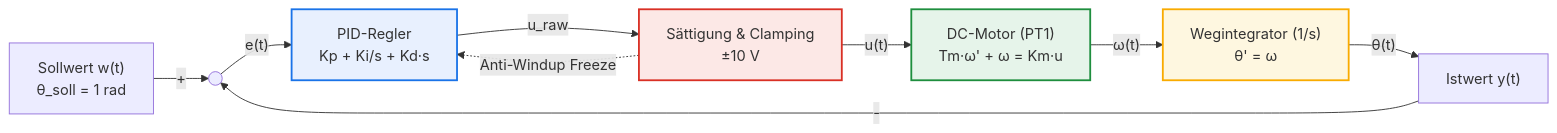
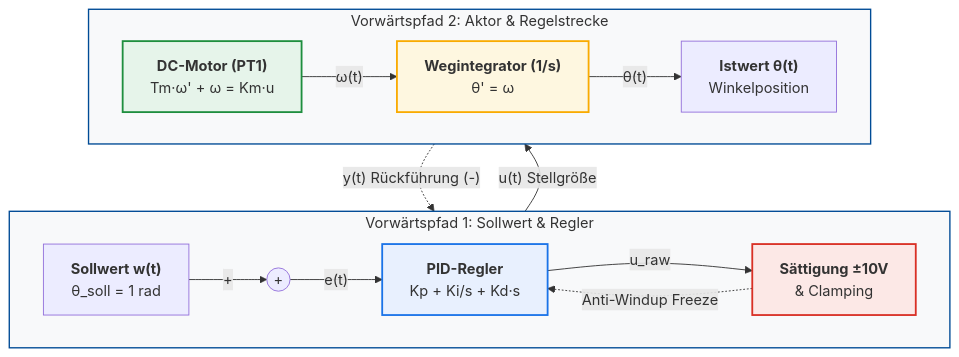
The diagram in Folien/08_Dynamische_Modelle_Kontinuierlich/Diagramme/Blockschaltbild_DCServo.mmd (ghackenberg/kurs-computer-simulation), drawn with Mermaid before and after one commit. The commit also changed 29 other files, not shown here.

```diff
--- a/Folien/08_Dynamische_Modelle_Kontinuierlich/Diagramme/Blockschaltbild_DCServo.mmd
+++ b/Folien/08_Dynamische_Modelle_Kontinuierlich/Diagramme/Blockschaltbild_DCServo.mmd
@@ -1,14 +1,24 @@
-flowchart LR
-    W["Sollwert w(t)<br>θ_soll = 1 rad"] -->|"+"| Sum1(( ))
-    Sum1 -->|"e(t)"| PID["PID-Regler<br>Kp + Ki/s + Kd·s"]
-    PID -->|"u_raw"| Sat["Sättigung & Clamping<br>±10 V"]
-    Sat -->|"u(t)"| Motor["DC-Motor (PT1)<br>Tm·ω' + ω = Km·u"]
-    Motor -->|"ω(t)"| Int["Wegintegrator (1/s)<br>θ' = ω"]
-    Int -->|"θ(t)"| Y["Istwert y(t)"]
-    Y -->|"-"| Sum1
-    Sat -.->|"Anti-Windup Freeze"| PID
+flowchart TD
+    subgraph Row1 ["Vorwärtspfad 1: Sollwert & Regler"]
+        direction LR
+        W["<b>Sollwert w(t)</b><br/>θ_soll = 1 rad"] -->|"+"| Sum1((+))
+        Sum1 -->|"e(t)"| PID["<b>PID-Regler</b><br/>Kp + Ki/s + Kd·s"]
+        PID -->|"u_raw"| Sat["<b>Sättigung ±10V</b><br/>& Clamping"]
+        Sat -.->|"Anti-Windup Freeze"| PID
+    end
+
+    subgraph Row2 ["Vorwärtspfad 2: Aktor & Regelstrecke"]
+        direction LR
+        Motor["<b>DC-Motor (PT1)</b><br/>Tm·ω' + ω = Km·u"] -->|"ω(t)"| Int["<b>Wegintegrator (1/s)</b><br/>θ' = ω"]
+        Int -->|"θ(t)"| Y["<b>Istwert θ(t)</b><br/>Winkelposition"]
+    end
+
+    Row1 -->|"u(t) Stellgröße"| Row2
+    Row2 -.->|"y(t) Rückführung (-)"| Row1
 
     style PID fill:#E8F0FE,stroke:#1A73E8,stroke-width:2px;
     style Sat fill:#FCE8E6,stroke:#D93025,stroke-width:2px;
     style Motor fill:#E6F4EA,stroke:#1E8E3E,stroke-width:2px;
     style Int fill:#FEF7E0,stroke:#F9AB00,stroke-width:2px;
+    style Row1 fill:#f8f9fa,stroke:#004B96,stroke-width:1.5px;
+    style Row2 fill:#f8f9fa,stroke:#004B96,stroke-width:1.5px;
```
